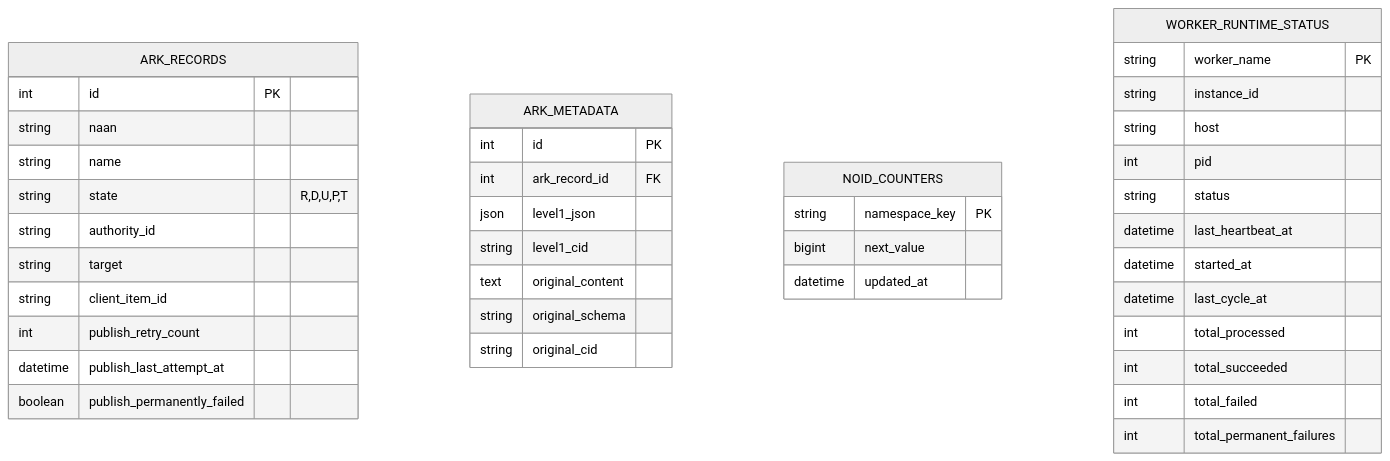
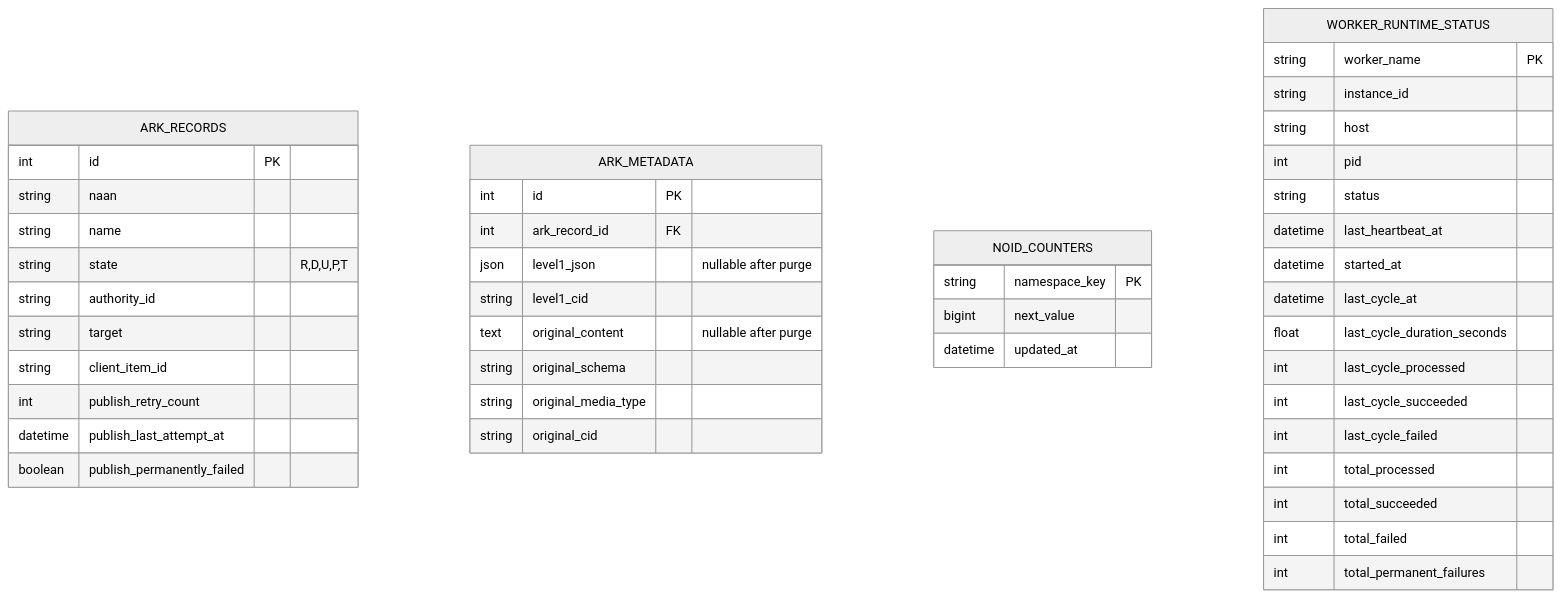
Diagram 11 of 12 in minter-architecture.md (LA-Referencia-IOI/dark-core-minter-api), drawn with Mermaid (neutral theme) before and after one commit. The commit also changed other lines of this file and 42 other files, not shown here.

````diff
--- a/minter-architecture.md
+++ b/minter-architecture.md
@@ -405,46 +477,51 @@
 ```mermaid
 erDiagram
     ARK_RECORDS {
         int id PK
         string naan
         string name
         string state "R,D,U,P,T"
         string authority_id
         string target
         string client_item_id
         int publish_retry_count
         datetime publish_last_attempt_at
         boolean publish_permanently_failed
     }
 
     ARK_METADATA {
         int id PK
         int ark_record_id FK
-        json level1_json
+        json level1_json "nullable after purge"
         string level1_cid
-        text original_content
+        text original_content "nullable after purge"
         string original_schema
+        string original_media_type
         string original_cid
     }
 
     NOID_COUNTERS {
         string namespace_key PK
         bigint next_value
         datetime updated_at
     }
 
     WORKER_RUNTIME_STATUS {
         string worker_name PK
         string instance_id
         string host
         int pid
         string status
         datetime last_heartbeat_at
         datetime started_at
         datetime last_cycle_at
+        float last_cycle_duration_seconds
+        int last_cycle_processed
+        int last_cycle_succeeded
+        int last_cycle_failed
         int total_processed
         int total_succeeded
         int total_failed
         int total_permanent_failures
     }
 ```
````
